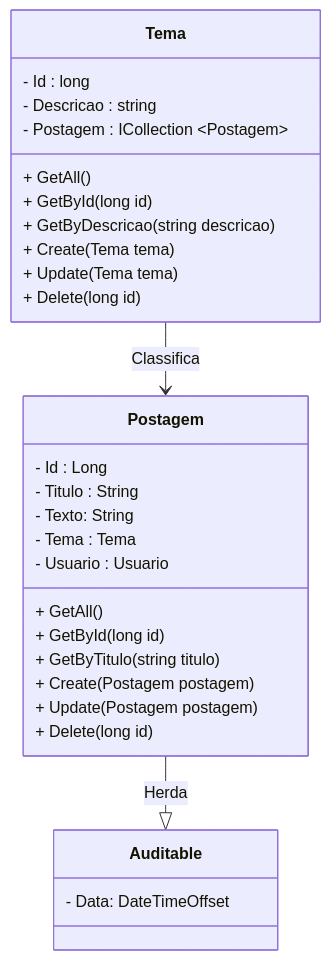
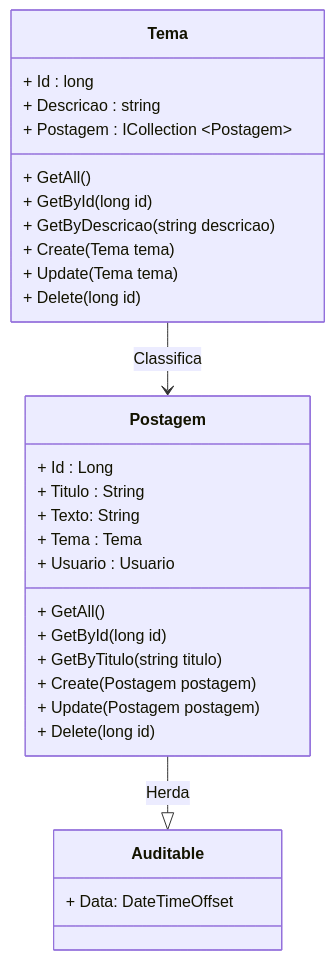
Before and after one commit to conteudoGeneration/cookbook_csharp: the third of 4 diagrams in 04_aspnet/14.md, drawn with Mermaid. The commit also changed other lines of this file and 12 other files, not shown here.

````diff
--- a/04_aspnet/14.md
+++ b/04_aspnet/14.md
@@ -380,32 +389,32 @@
 ```mermaid
 classDiagram
 class Tema {
-  - Id : long
-  - Descricao : string
-  - Postagem : ICollection ~Postagem~
+  + Id : long
+  + Descricao : string
+  + Postagem : ICollection ~Postagem~
   + GetAll()
   + GetById(long id)
   + GetByDescricao(string descricao)
   + Create(Tema tema)
   + Update(Tema tema)
   + Delete(long id)
 }
 class Postagem {
-  - Id : Long
-  - Titulo : String
-  - Texto: String
-  - Tema : Tema
-  - Usuario : Usuario
+  + Id : Long
+  + Titulo : String
+  + Texto: String
+  + Tema : Tema
+  + Usuario : Usuario
   + GetAll()
   + GetById(long id)
   + GetByTitulo(string titulo)
   + Create(Postagem postagem)
   + Update(Postagem postagem)
   + Delete(long id)
 }
 class Auditable {
-  - Data: DateTimeOffset
+  + Data: DateTimeOffset
 }
 Postagem --|> Auditable: Herda
 Tema --> Postagem: Classifica
 ```
````
